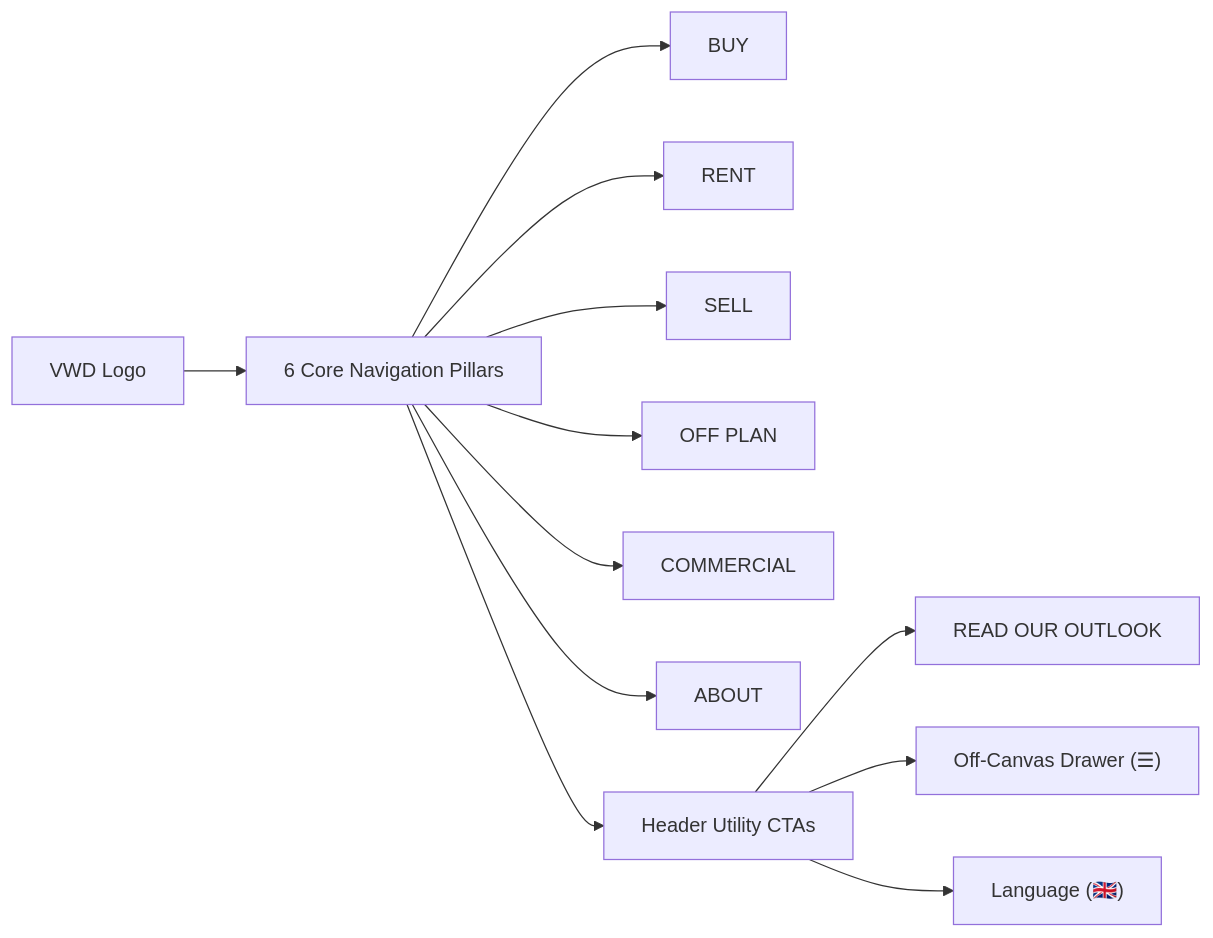
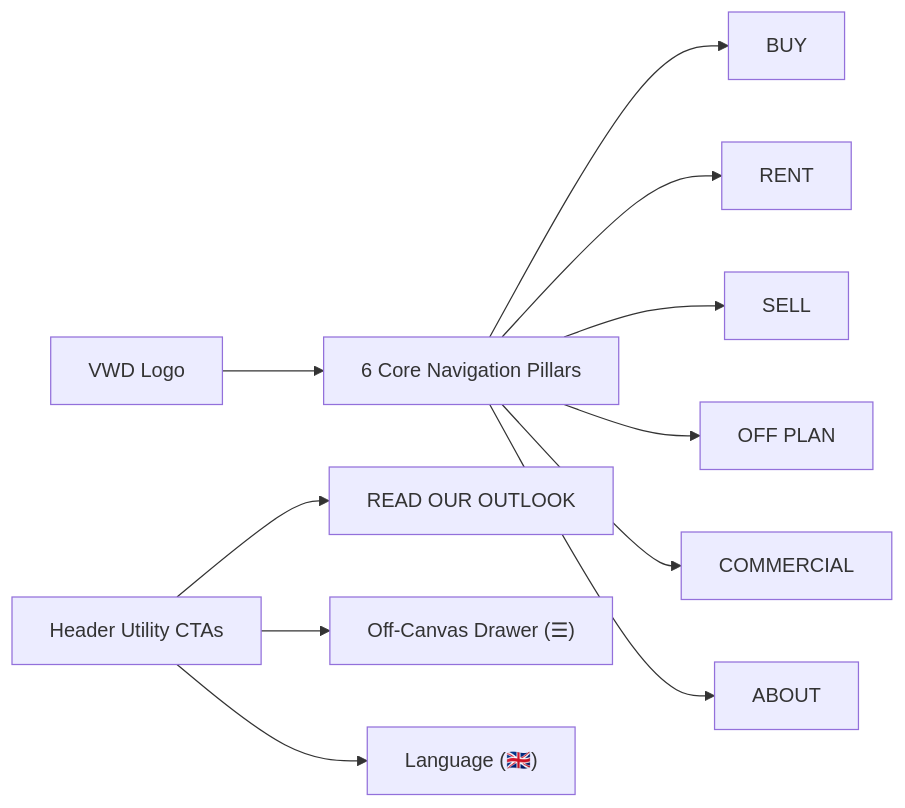
Before and after one commit to manu-gitxen/vwd_real_estate: the first of 2 diagrams in docs/blueprint.md, drawn with Mermaid. The commit also changed other lines of this file, not shown here.

Commit message:
docs: expand blueprint with Master Shell policy, deep Phase 2 specs, and updated roadmap

````diff
--- a/docs/blueprint.md
+++ b/docs/blueprint.md
@@ -34,14 +34,13 @@
 ```mermaid
 graph LR
     Logo["VWD Logo"] --> Nav["6 Core Navigation Pillars"]
     Nav --> Buy["BUY"]
     Nav --> Rent["RENT"]
     Nav --> Sell["SELL"]
     Nav --> OffPlan["OFF PLAN"]
     Nav --> Commercial["COMMERCIAL"]
     Nav --> About["ABOUT"]
-    Nav --> Actions["Header Utility CTAs"]
-    Actions --> Outlook["READ OUR OUTLOOK"]
+    Actions["Header Utility CTAs"] --> Outlook["READ OUR OUTLOOK"]
     Actions --> Drawer["Off-Canvas Drawer (☰)"]
     Actions --> Lang["Language (🇬🇧)"]
 ```
````
